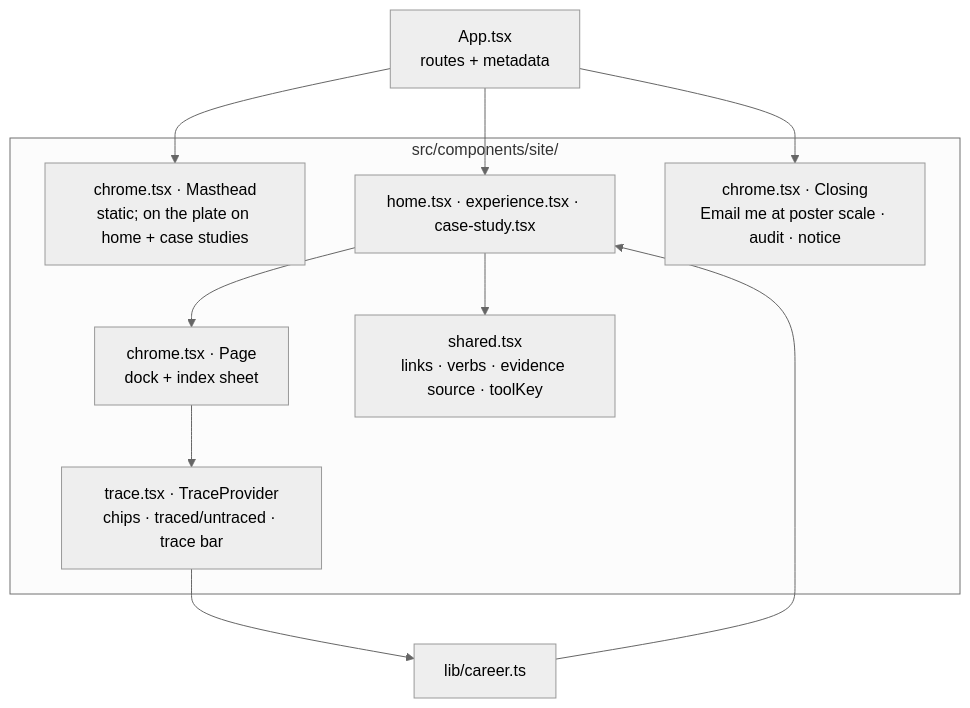
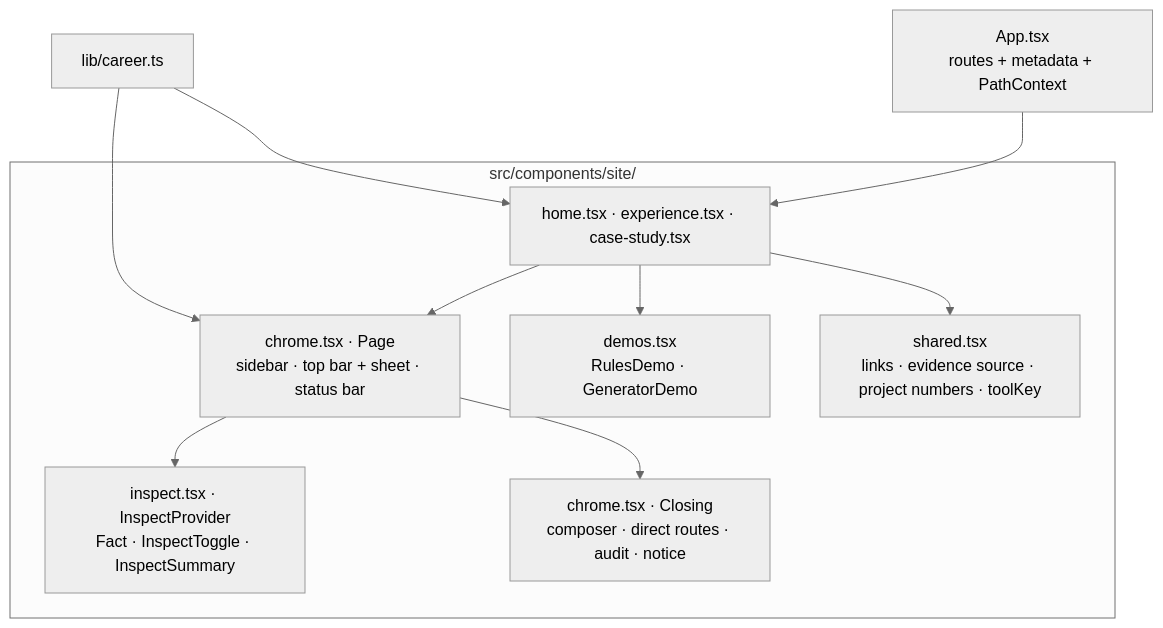
One commit to mohamedmoheyeldin/portfolio changed the diagram in docs/ARCHITECTURE.md. Above: the diagram before and after it, drawn with Mermaid (neutral theme). The commit also changed other lines of this file and 22 other files, not shown here.

````diff
--- a/docs/ARCHITECTURE.md
+++ b/docs/ARCHITECTURE.md
@@ -60,16 +60,14 @@
 ```mermaid
 flowchart TB
-  App["App.tsx<br/>routes + metadata"] --> Masthead
-  App --> Pages
-  App --> Closing
+  App["App.tsx<br/>routes + metadata + PathContext"] --> Pages
   subgraph site["src/components/site/"]
-    Masthead["chrome.tsx · Masthead<br/>static; on the plate on home + case studies"]
-    Pages["home.tsx · experience.tsx · case-study.tsx"] --> PageWrap["chrome.tsx · Page<br/>dock + index sheet"]
-    PageWrap --> Trace["trace.tsx · TraceProvider<br/>chips · traced/untraced · trace bar"]
-    Closing["chrome.tsx · Closing<br/>Email me at poster scale · audit · notice"]
-    Shared["shared.tsx<br/>links · verbs · evidence source · toolKey"]
+    Pages["home.tsx · experience.tsx · case-study.tsx"] --> Frame["chrome.tsx · Page<br/>sidebar · top bar + sheet · status bar"]
+    Frame --> Inspect["inspect.tsx · InspectProvider<br/>Fact · InspectToggle · InspectSummary"]
+    Frame --> Closing["chrome.tsx · Closing<br/>composer · direct routes · audit · notice"]
+    Pages --> Demos["demos.tsx<br/>RulesDemo · GeneratorDemo"]
+    Shared["shared.tsx<br/>links · evidence source · project numbers · toolKey"]
   end
   Pages --> Shared
-  Trace --> Career["lib/career.ts"]
-  Career --> Pages
+  Career["lib/career.ts"] --> Pages
+  Career --> Frame
 ```
````
